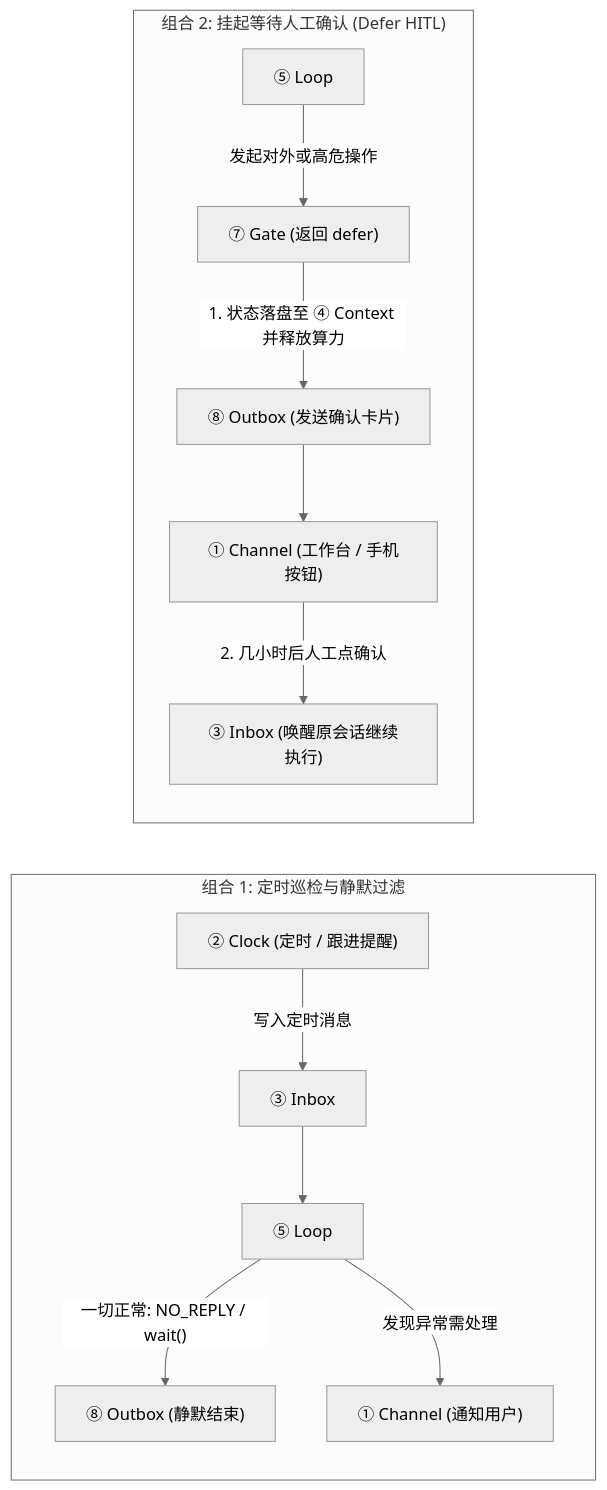
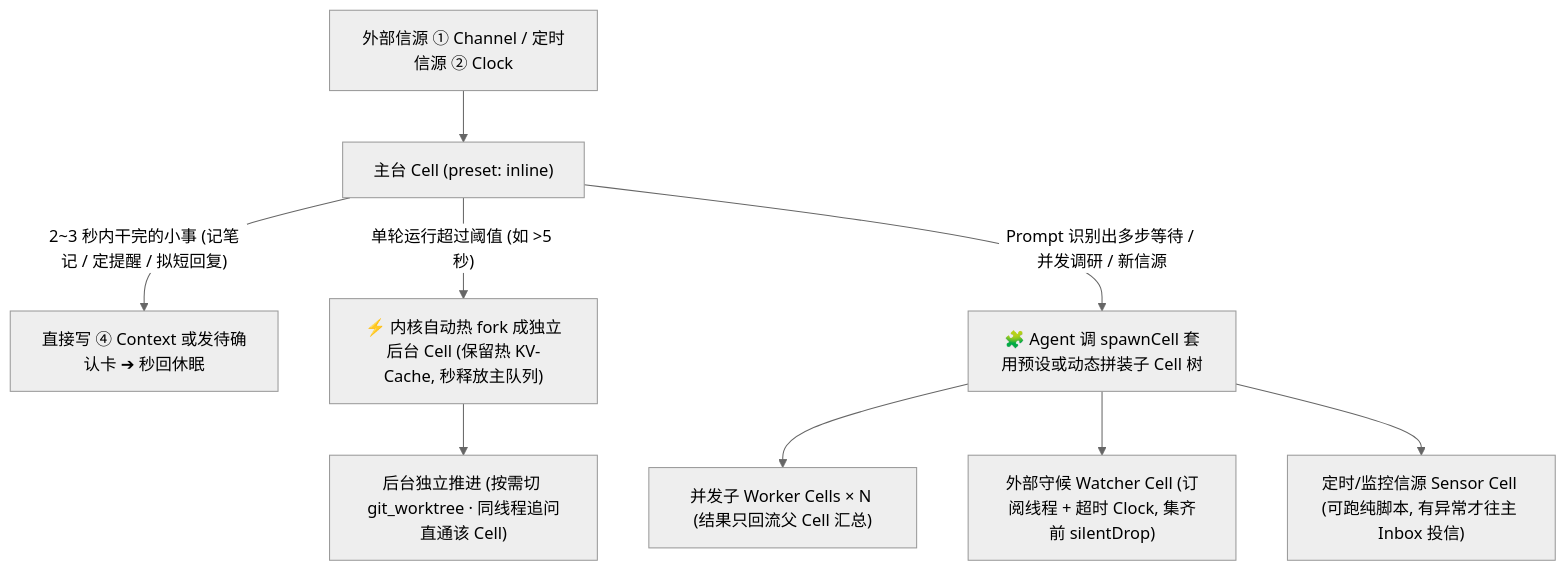
The diagram in docs/02-atomic-kernel-architecture.md (project-aoi/ng-agents), drawn with Mermaid (neutral theme) before and after one commit. The commit also changed other lines of this file and 4 other files, not shown here.

Commit message:
docs: introduce Cell dynamic assembly, auto-fork, Mailbox sources, and DeepSeek Super-agent analysis

````diff
--- a/docs/02-atomic-kernel-architecture.md
+++ b/docs/02-atomic-kernel-architecture.md
@@ -137,16 +166,13 @@
 ```mermaid
-flowchart LR
-    subgraph C1["组合 1: 定时巡检与静默过滤"]
-        clk1["② Clock (定时 / 跟进提醒)"] -->|"写入定时消息"| in1["③ Inbox"]
-        in1 --> loop1["⑤ Loop"]
-        loop1 -->|"一切正常: NO_REPLY / wait()"| drop["⑧ Outbox (静默结束)"]
-        loop1 -->|"发现异常需处理"| ch1["① Channel (通知用户)"]
-    end
+flowchart TB
+    In["外部信源 ① Channel / 定时信源 ② Clock"] --> Main["主台 Cell (preset: inline)"]
 
-    subgraph C2["组合 2: 挂起等待人工确认 (Defer HITL)"]
-        loop2["⑤ Loop"] -->|"发起对外或高危操作"| gate2["⑦ Gate (返回 defer)"]
-        gate2 -->|"1. 状态落盘至 ④ Context 并释放算力"| out2["⑧ Outbox (发送确认卡片)"]
-        out2 --> ch2["① Channel (工作台 / 手机按钮)"]
-        ch2 -->|"2. 几小时后人工点确认"| in2["③ Inbox (唤醒原会话继续执行)"]
-    end
+    Main -->|"2~3 秒内干完的小事 (记笔记 / 定提醒 / 拟短回复)"| Fast["直接写 ④ Context 或发待确认卡 ➔ 秒回休眠"]
+    Main -->|"单轮运行超过阈值 (如 >5 秒)"| Fork["⚡ 内核自动热 fork 成独立后台 Cell (保留热 KV-Cache, 秒释放主队列)"]
+    Main -->|"Prompt 识别出多步等待 / 并发调研 / 新信源"| Dyn["🧩 Agent 调 spawnCell 套用预设或动态拼装子 Cell 树"]
+
+    Fork --> Bg["后台独立推进 (按需切 git_worktree · 同线程追问直通该 Cell)"]
+    Dyn --> W1["并发子 Worker Cells × N (结果只回流父 Cell 汇总)"]
+    Dyn --> W2["外部守候 Watcher Cell (订阅线程 + 超时 Clock, 集齐前 silentDrop)"]
+    Dyn --> W3["定时/监控信源 Sensor Cell (可跑纯脚本, 有异常才往主 Inbox 投信)"]
 ```
````
